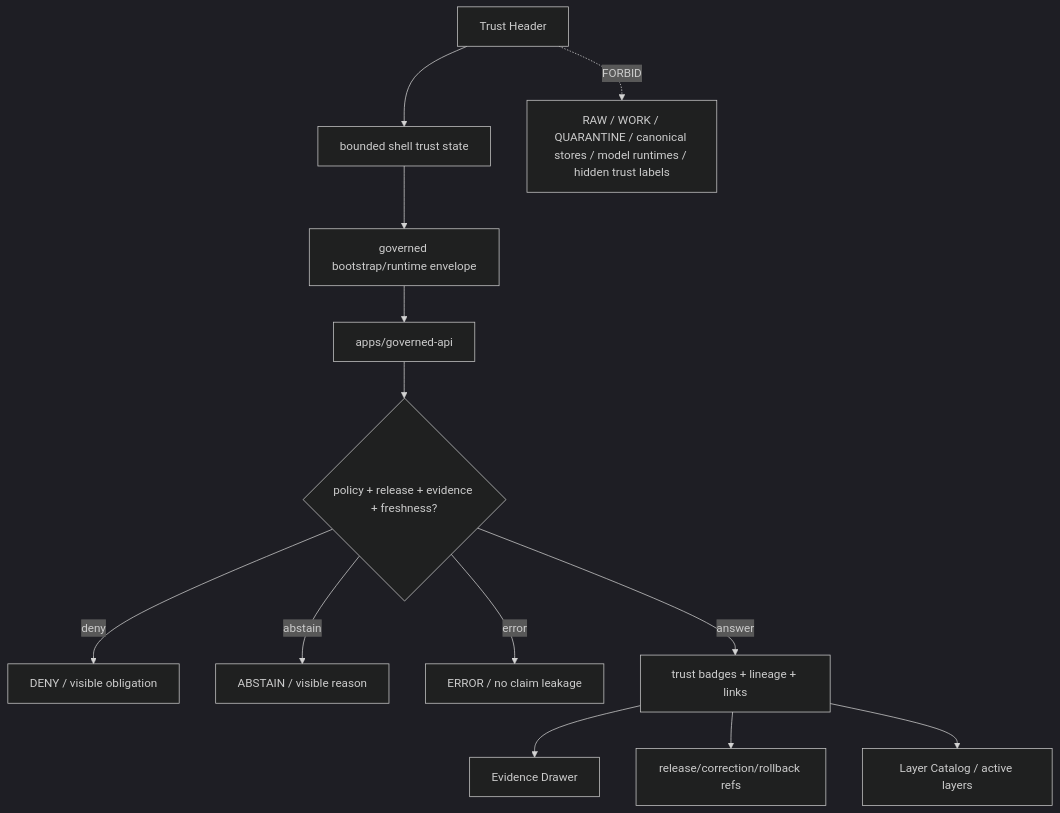
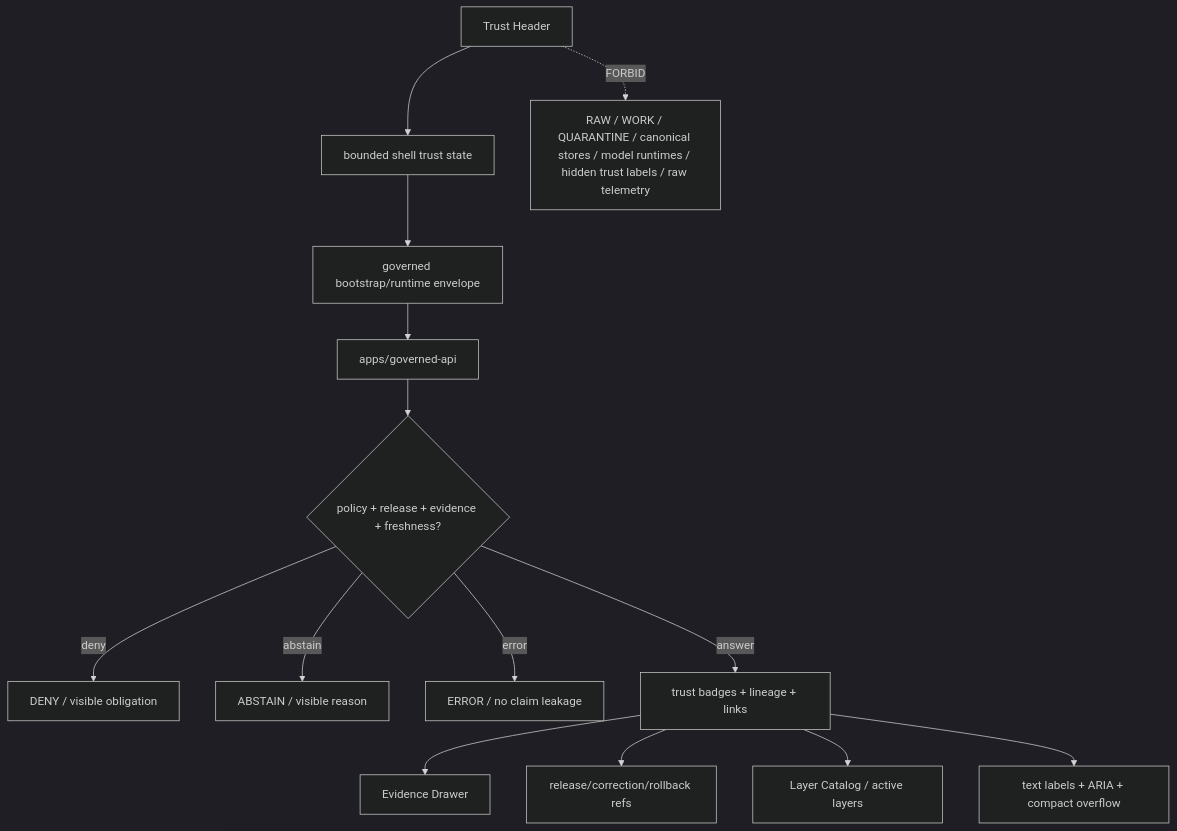
Before and after one commit to bartytime4life/Kansas-Frontier-Matrix: the diagram in apps/explorer-web/src/features/trust_header/README.md, drawn with Mermaid (dark theme). The commit also changed other lines of this file, not shown here.

Commit message:
docs: update explorer trust header readme

````diff
--- a/apps/explorer-web/src/features/trust_header/README.md
+++ b/apps/explorer-web/src/features/trust_header/README.md
@@ -222,15 +290,16 @@
 ```mermaid
 flowchart TD
     header["Trust Header"] --> state["bounded shell trust state"]
     state --> bootstrap["governed bootstrap/runtime envelope"]
     bootstrap --> api["apps/governed-api"]
     api --> policy{"policy + release + evidence + freshness?"}
     policy -->|deny| deny["DENY / visible obligation"]
     policy -->|abstain| abstain["ABSTAIN / visible reason"]
     policy -->|error| error["ERROR / no claim leakage"]
     policy -->|answer| badges["trust badges + lineage + links"]
     badges --> drawer["Evidence Drawer"]
     badges --> release["release/correction/rollback refs"]
     badges --> layers["Layer Catalog / active layers"]
-    header -. FORBID .-> raw["RAW / WORK / QUARANTINE / canonical stores / model runtimes / hidden trust labels"]
+    badges --> a11y["text labels + ARIA + compact overflow"]
+    header -. FORBID .-> raw["RAW / WORK / QUARANTINE / canonical stores / model runtimes / hidden trust labels / raw telemetry"]
 ```
````
